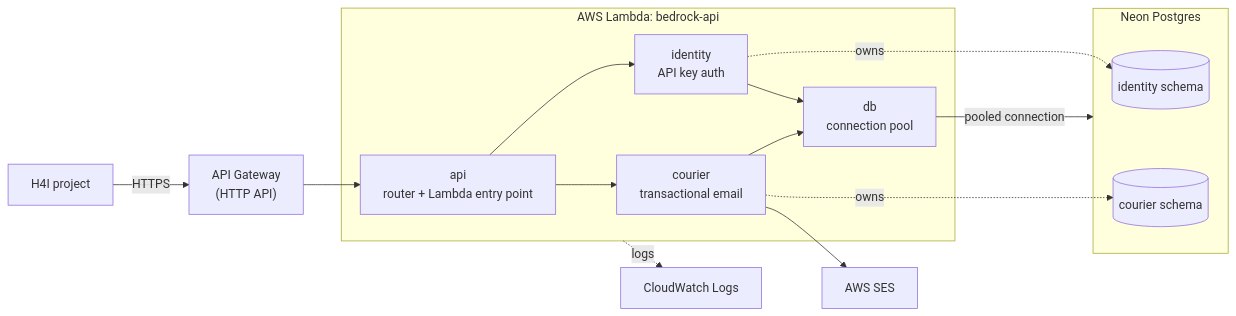
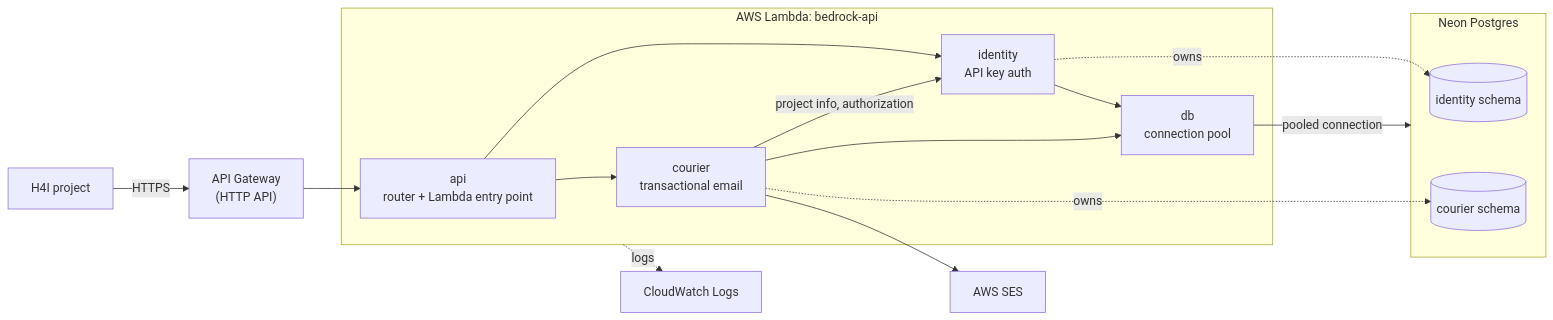
The diagram in README.md (Hack4Impact-UMD/bedrock), drawn with Mermaid before and after one commit.

Commit message:
mermaid update

````diff
--- a/README.md
+++ b/README.md
@@ -12,24 +12,25 @@
 ```mermaid
 flowchart LR
     client["H4I project"] -->|HTTPS| apigw["API Gateway<br/>(HTTP API)"]
     apigw --> api
 
     subgraph lambda["AWS Lambda: bedrock-api"]
         api["api<br/>router + Lambda entry point"]
         api --> identity["identity<br/>API key auth"]
         api --> courier["courier<br/>transactional email"]
+        courier -->|project info, authorization| identity
         identity --> db["db<br/>connection pool"]
         courier --> db
     end
 
     subgraph neon["Neon Postgres"]
         identity_schema[("identity schema")]
         courier_schema[("courier schema")]
     end
 
     db -->|pooled connection| neon
     identity -.->|owns| identity_schema
     courier -.->|owns| courier_schema
     courier --> ses["AWS SES"]
     lambda -.->|logs| logs["CloudWatch Logs"]
 ```
````
